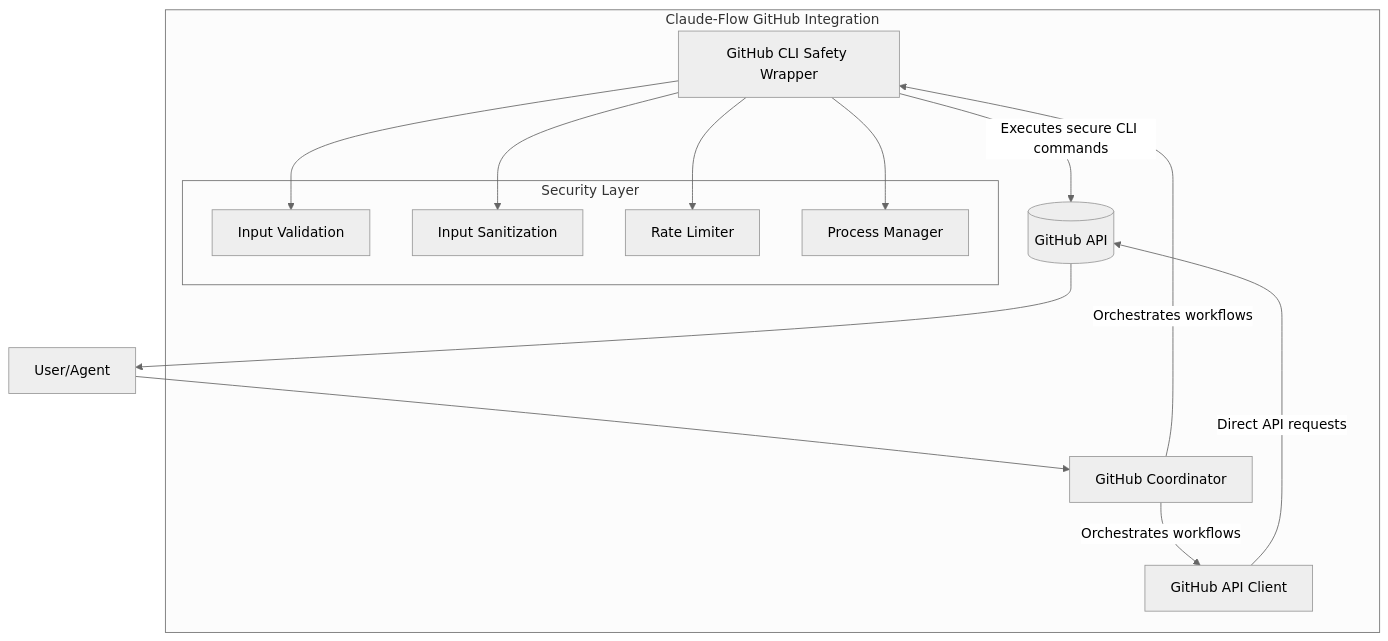
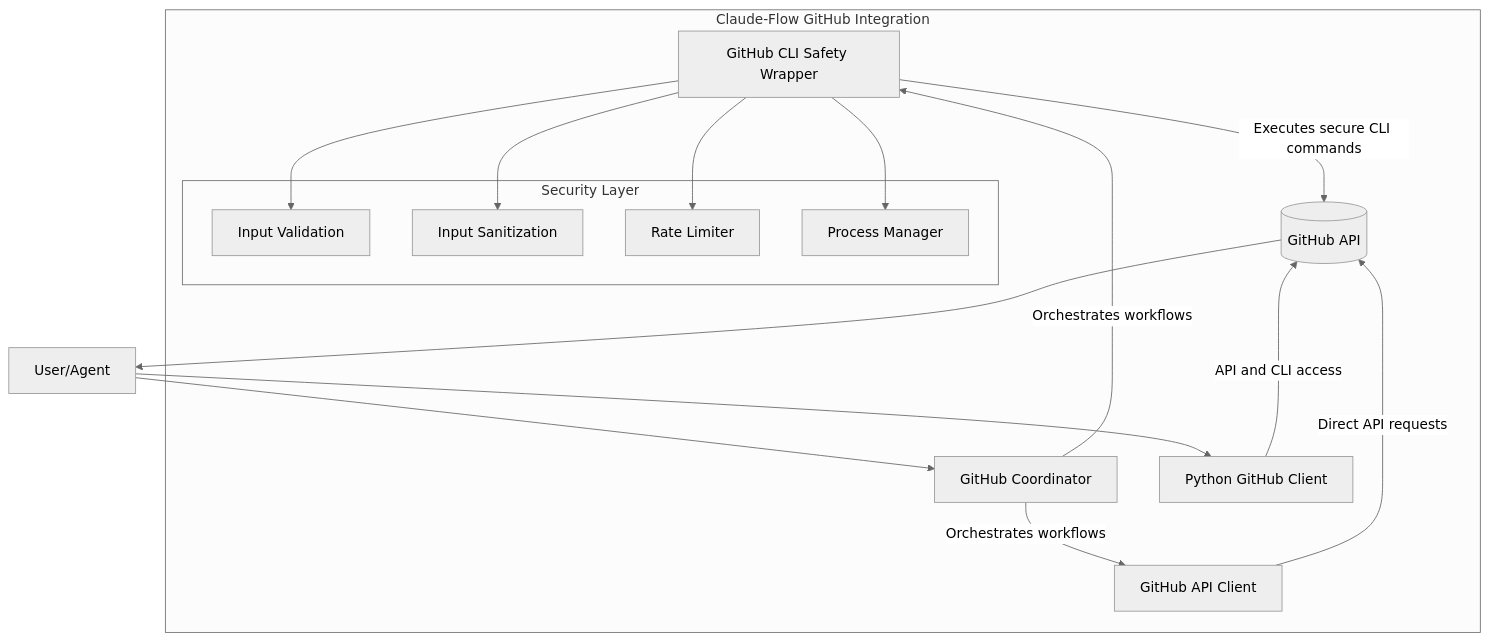
The first of 6 diagrams in .qoder/repowiki/en/content/GitHub Integration/GitHub Integration.md (fenghaitao/claude-flow), drawn with Mermaid (neutral theme) before and after one commit. The commit also changed other lines of this file and 12 other files, not shown here.

````diff
--- a/.qoder/repowiki/en/content/GitHub Integration/GitHub Integration.md
+++ b/.qoder/repowiki/en/content/GitHub Integration/GitHub Integration.md
@@ -38,24 +51,27 @@
 ```mermaid
 graph TB
 subgraph "Claude-Flow GitHub Integration"
 CLIWrapper[GitHub CLI Safety Wrapper]
 APIClient[GitHub API Client]
 Coordinator[GitHub Coordinator]
+PythonClient[Python GitHub Client]
 CLIWrapper --> |Executes secure CLI commands| GitHubAPI[(GitHub API)]
 APIClient --> |Direct API requests| GitHubAPI
 Coordinator --> |Orchestrates workflows| CLIWrapper
 Coordinator --> |Orchestrates workflows| APIClient
+PythonClient --> |API and CLI access| GitHubAPI
 subgraph "Security Layer"
 InputValidation[Input Validation]
 Sanitization[Input Sanitization]
 RateLimiter[Rate Limiter]
 ProcessManager[Process Manager]
 end
 CLIWrapper --> InputValidation
 CLIWrapper --> Sanitization
 CLIWrapper --> RateLimiter
 CLIWrapper --> ProcessManager
 end
 User[User/Agent] --> Coordinator
+User[User/Agent] --> PythonClient
 GitHubAPI --> User
 ```
````
